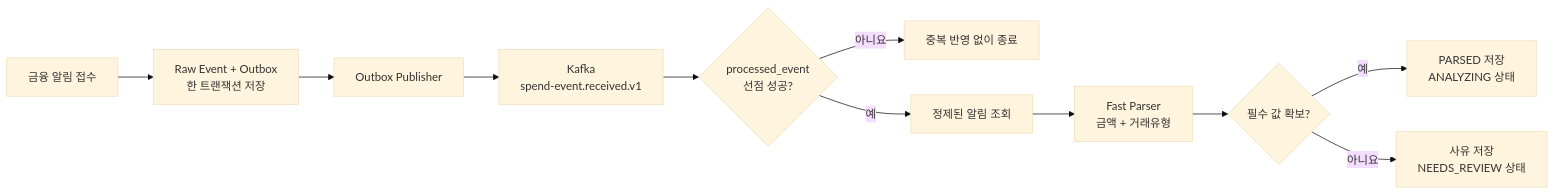
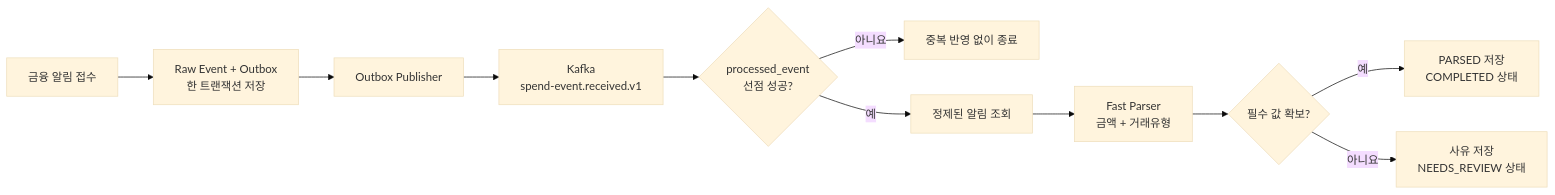
One commit to Joajy/Spending-Guard changed the diagram in docs/architecture/spend-event-processing.md. Above: the diagram before and after it, drawn with Mermaid (base theme). The commit also changed 20 other files, not shown here.

````diff
--- a/docs/architecture/spend-event-processing.md
+++ b/docs/architecture/spend-event-processing.md
@@ -5,13 +5,13 @@
 ```mermaid
 flowchart LR
     A["금융 알림 접수"] --> B["Raw Event + Outbox<br/>한 트랜잭션 저장"]
     B --> C["Outbox Publisher"]
     C --> D["Kafka<br/>spend-event.received.v1"]
     D --> E{"processed_event<br/>선점 성공?"}
     E -- "아니요" --> F["중복 반영 없이 종료"]
     E -- "예" --> G["정제된 알림 조회"]
     G --> H["Fast Parser<br/>금액 + 거래유형"]
     H --> I{"필수 값 확보?"}
-    I -- "예" --> J["PARSED 저장<br/>ANALYZING 상태"]
+    I -- "예" --> J["PARSED 저장<br/>COMPLETED 상태"]
     I -- "아니요" --> K["사유 저장<br/>NEEDS_REVIEW 상태"]
 ```
````
